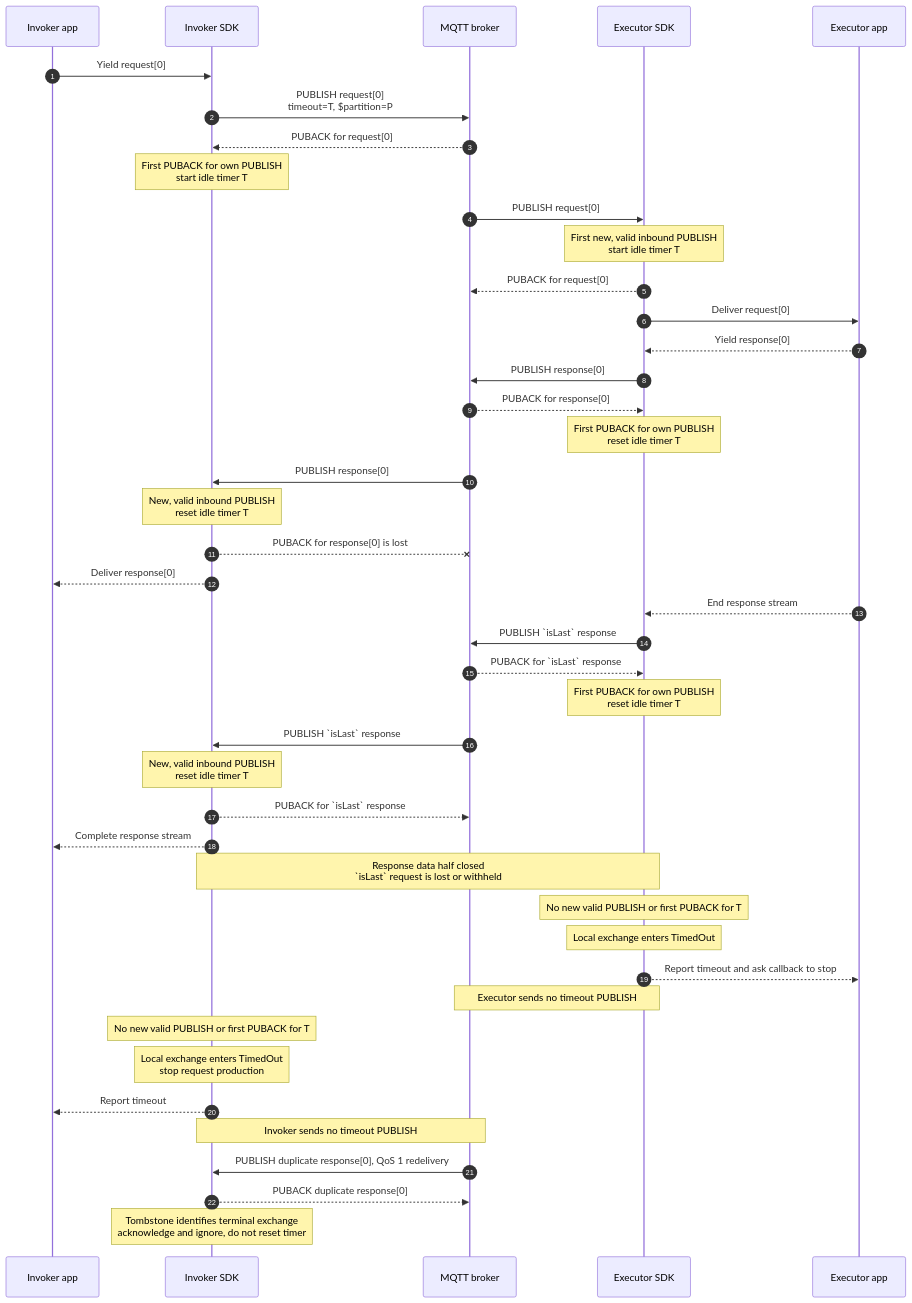
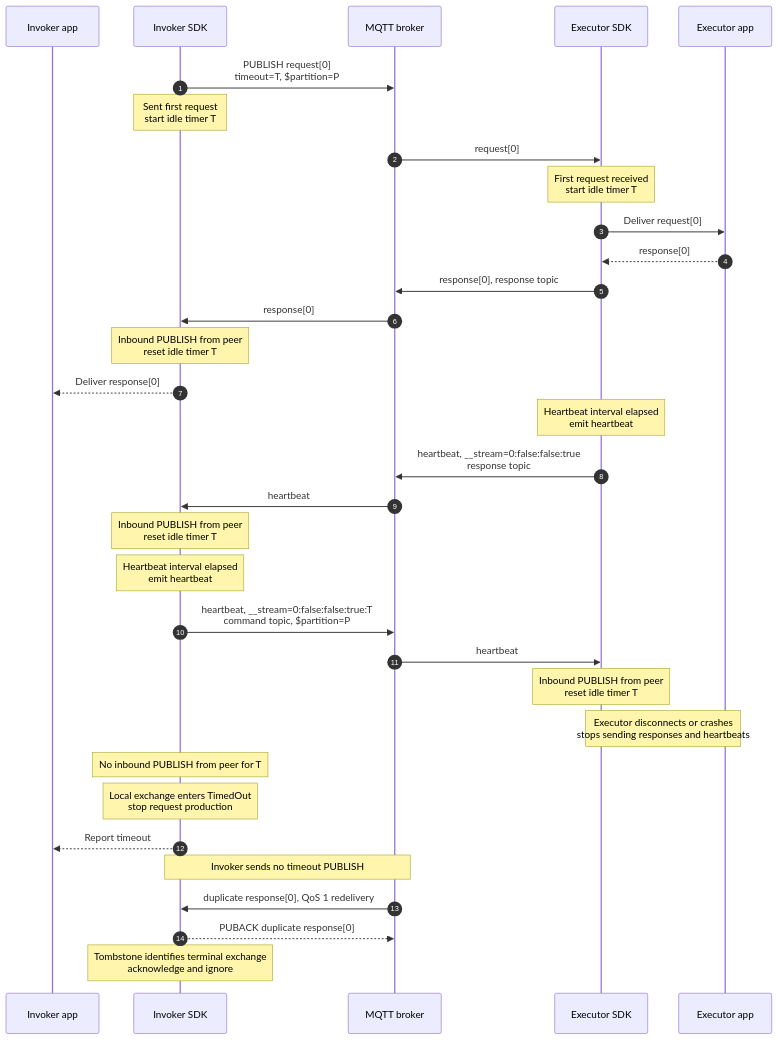
The fourth of 9 diagrams in doc/dev/adr/0025-rpc-streaming-lifecycle-diagrams.md (Azure/iot-operations-sdks), drawn with Mermaid before and after one commit. The commit also changed other lines of this file and 1 other file, not shown here.

Commit message:
ADR 25: clarify exchange routing and align lifecycle diagrams
ADR: rewrite 'Exchange routing and lifetime' - one correlation GUID per exchange, data + control lanes per direction. Diagrams: align with the heartbeat-based idle timeout (reset on peer PUBLISHes, regular heartbeats, heartbeat field in __stream, heartbeat branch in the classifier).

````diff
--- a/doc/dev/adr/0025-rpc-streaming-lifecycle-diagrams.md
+++ b/doc/dev/adr/0025-rpc-streaming-lifecycle-diagrams.md
@@ -134,54 +136,39 @@
 ```mermaid
 sequenceDiagram
     autonumber
     participant IA as Invoker app
     participant IS as Invoker SDK
     participant B as MQTT broker
     participant ES as Executor SDK
     participant EA as Executor app
 
-    IA->>IS: Yield request[0]
     IS->>B: PUBLISH request[0]<br/>timeout=T, $partition=P
-    B-->>IS: PUBACK for request[0]
-    Note over IS: First PUBACK for own PUBLISH<br/>start idle timer T
-
-    B->>ES: PUBLISH request[0]
-    Note over ES: First new, valid inbound PUBLISH<br/>start idle timer T
-    ES-->>B: PUBACK for request[0]
+    Note over IS: Sent first request<br/>start idle timer T
+    B->>ES: request[0]
+    Note over ES: First request received<br/>start idle timer T
     ES->>EA: Deliver request[0]
-
-    EA-->>ES: Yield response[0]
-    ES->>B: PUBLISH response[0]
-    B-->>ES: PUBACK for response[0]
-    Note over ES: First PUBACK for own PUBLISH<br/>reset idle timer T
-
-    B->>IS: PUBLISH response[0]
-    Note over IS: New, valid inbound PUBLISH<br/>reset idle timer T
-    IS--xB: PUBACK for response[0] is lost
+    EA-->>ES: response[0]
+    ES->>B: response[0], response topic
+    B->>IS: response[0]
+    Note over IS: Inbound PUBLISH from peer<br/>reset idle timer T
     IS-->>IA: Deliver response[0]
 
-    EA-->>ES: End response stream
-    ES->>B: PUBLISH `isLast` response
-    B-->>ES: PUBACK for `isLast` response
-    Note over ES: First PUBACK for own PUBLISH<br/>reset idle timer T
+    Note over ES: Heartbeat interval elapsed<br/>emit heartbeat
+    ES->>B: heartbeat, __stream=0:false:false:true<br/>response topic
+    B->>IS: heartbeat
+    Note over IS: Inbound PUBLISH from peer<br/>reset idle timer T
+    Note over IS: Heartbeat interval elapsed<br/>emit heartbeat
+    IS->>B: heartbeat, __stream=0:false:false:true:T<br/>command topic, $partition=P
+    B->>ES: heartbeat
+    Note over ES: Inbound PUBLISH from peer<br/>reset idle timer T
 
-    B->>IS: PUBLISH `isLast` response
-    Note over IS: New, valid inbound PUBLISH<br/>reset idle timer T
-    IS-->>B: PUBACK for `isLast` response
-    IS-->>IA: Complete response stream
-    Note over IS,ES: Response data half closed<br/>`isLast` request is lost or withheld
-
-    Note over ES: No new valid PUBLISH or first PUBACK for T
-    Note over ES: Local exchange enters TimedOut
-    ES-->>EA: Report timeout and ask callback to stop
-    Note over ES,B: Executor sends no timeout PUBLISH
-
-    Note over IS: No new valid PUBLISH or first PUBACK for T
+    Note over ES,EA: Executor disconnects or crashes<br/>stops sending responses and heartbeats
+    Note over IS: No inbound PUBLISH from peer for T
     Note over IS: Local exchange enters TimedOut<br/>stop request production
     IS-->>IA: Report timeout
     Note over IS,B: Invoker sends no timeout PUBLISH
 
-    B->>IS: PUBLISH duplicate response[0], QoS 1 redelivery
+    B->>IS: duplicate response[0], QoS 1 redelivery
     IS-->>B: PUBACK duplicate response[0]
-    Note over IS: Tombstone identifies terminal exchange<br/>acknowledge and ignore, do not reset timer
+    Note over IS: Tombstone identifies terminal exchange<br/>acknowledge and ignore
 ```
````
